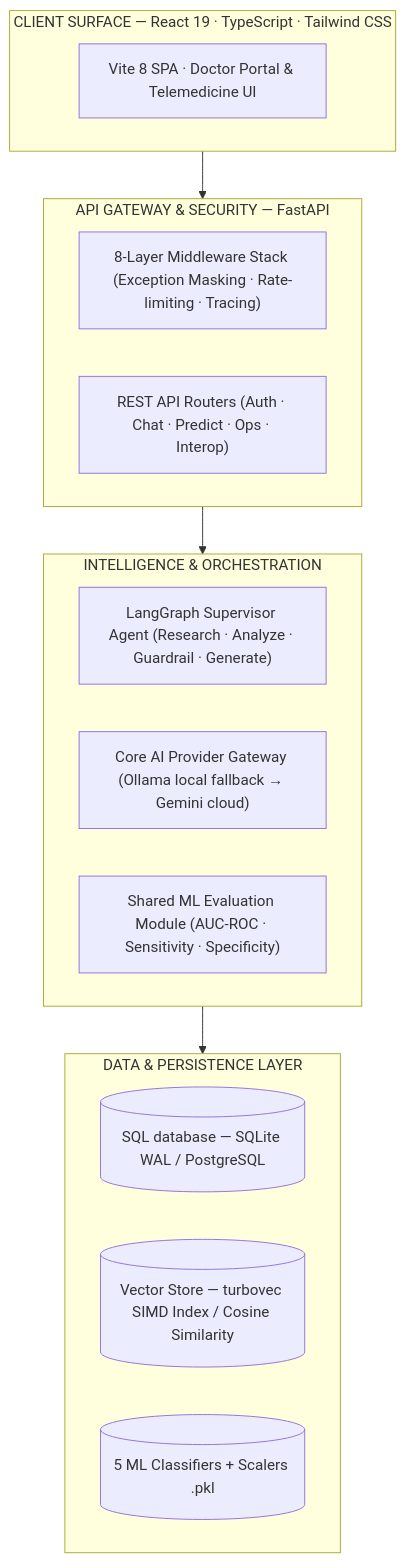
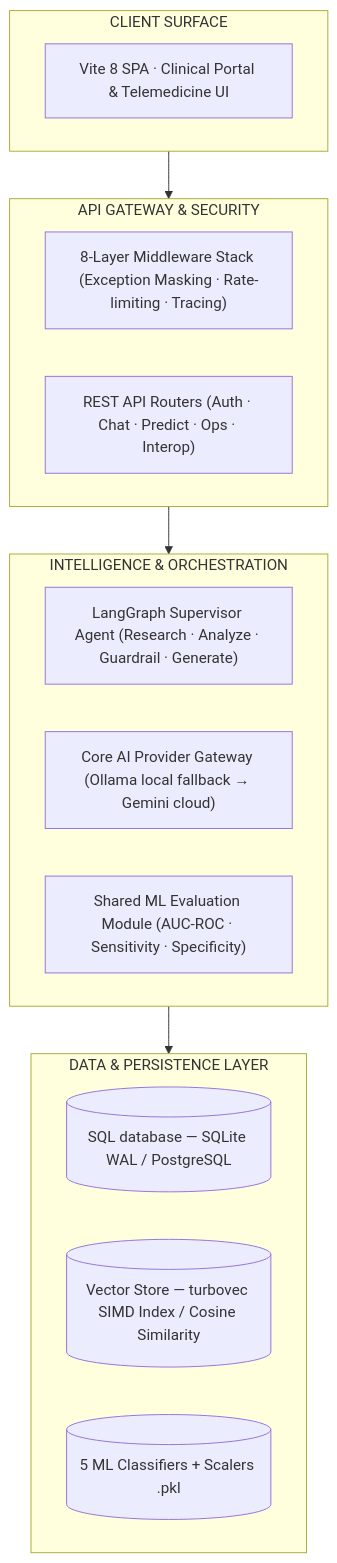
The diagram in README.md (pavanbadempet/AI-Healthcare-System), drawn with Mermaid before and after one commit. The commit also changed other lines of this file, not shown here.

````diff
--- a/README.md
+++ b/README.md
@@ -67,27 +57,27 @@
 ```mermaid
 graph TB
-    subgraph Client["CLIENT SURFACE — React 19 · TypeScript · Tailwind CSS"]
-        FE["Vite 8 SPA · Doctor Portal & Telemedicine UI"]
+    subgraph Client["CLIENT SURFACE"]
+        FE["Vite 8 SPA · Clinical Portal & Telemedicine UI"]
     end
 
-    subgraph Gateway["API GATEWAY & SECURITY — FastAPI"]
+    subgraph Gateway["API GATEWAY & SECURITY"]
         MW["8-Layer Middleware Stack (Exception Masking · Rate-limiting · Tracing)"]
         ROUTERS["REST API Routers (Auth · Chat · Predict · Ops · Interop)"]
     end
 
     subgraph Service["INTELLIGENCE & ORCHESTRATION"]
         AGENT["LangGraph Supervisor Agent (Research · Analyze · Guardrail · Generate)"]
         CORE["Core AI Provider Gateway (Ollama local fallback → Gemini cloud)"]
         EVAL["Shared ML Evaluation Module (AUC-ROC · Sensitivity · Specificity)"]
     end
 
     subgraph Data["DATA & PERSISTENCE LAYER"]
         DB[(SQL database — SQLite WAL / PostgreSQL)]
         VS[(Vector Store — turbovec SIMD Index / Cosine Similarity)]
         ML[(5 ML Classifiers + Scalers .pkl)]
     end
 
     Client --> Gateway
     Gateway --> Service
     Service --> Data
 ```
````
